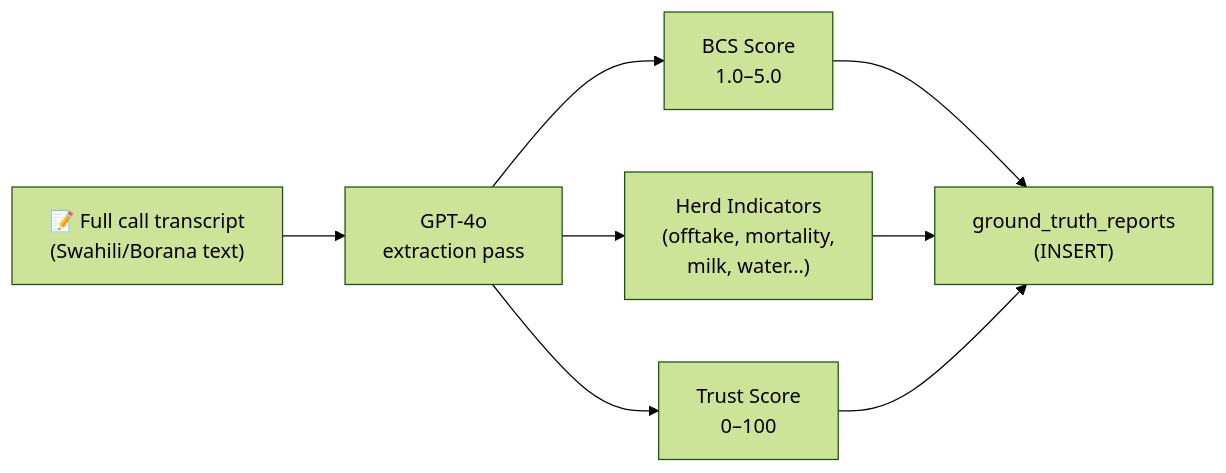
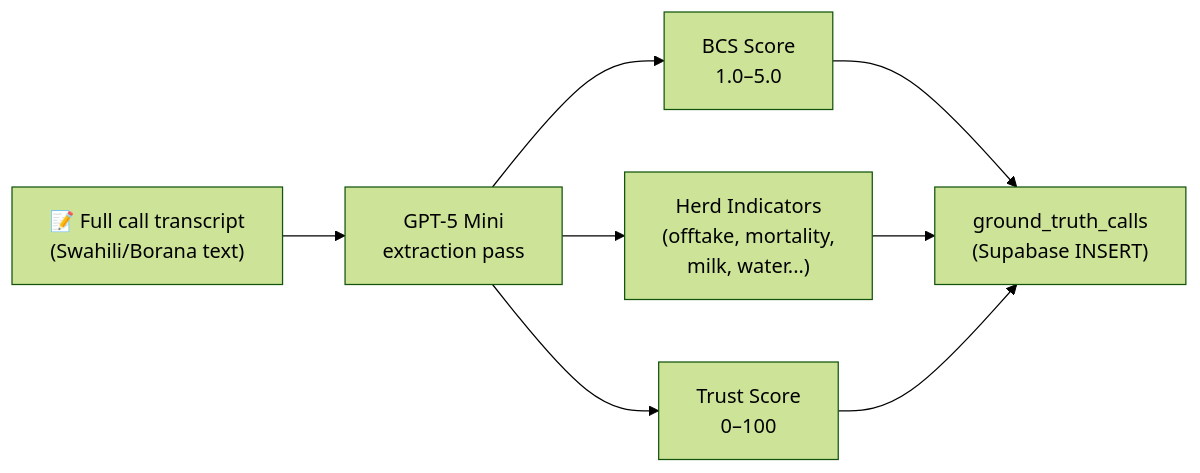
One commit to JHUB-AFRICA/arda-link-ai changed the third of 3 diagrams in Arda-link-AI-Docs/voice.md. Above: the diagram before and after it, drawn with Mermaid (forest theme). The commit also changed other lines of this file and 10 other files, not shown here.

First line of the commit message:
docs: refresh architecture docs with WhatsApp channel + Meta API blocker

````diff
--- a/Arda-link-AI-Docs/voice.md
+++ b/Arda-link-AI-Docs/voice.md
@@ -269,17 +269,17 @@
 ```mermaid
 flowchart LR
     Transcript["📝 Full call transcript\n(Swahili/Borana text)"]
-    GPT["GPT-4o\nextraction pass"]
+    GPT["GPT-5 Mini\nextraction pass"]
     BCS["BCS Score\n1.0–5.0"]
     Indicators["Herd Indicators\n(offtake, mortality,\nmilk, water...)"]
     Trust["Trust Score\n0–100"]
-    DB["ground_truth_reports\n(INSERT)"]
+    DB["ground_truth_calls\n(Supabase INSERT)"]
 
     Transcript --> GPT
     GPT --> BCS
     GPT --> Indicators
     GPT --> Trust
     BCS --> DB
     Indicators --> DB
     Trust --> DB
 ```
````
